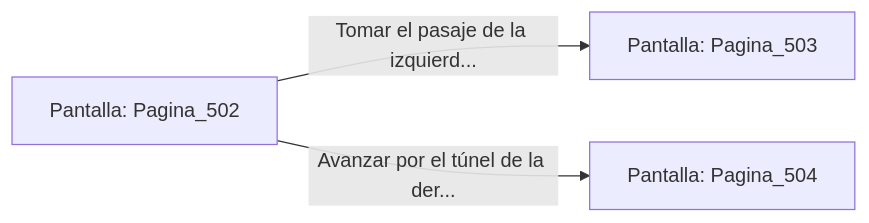
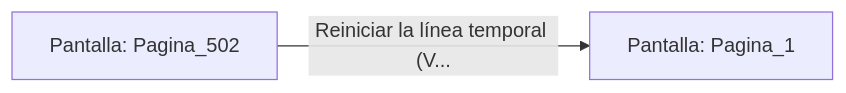
The diagram in sample/eligejuego-vault/Pantalla_Pagina_502.md (metsuke/mpl), drawn with Mermaid before and after one commit. The commit also changed other lines of this file and 635 other files, not shown here.

First line of the commit message:
fix: añadir Pagina_1 como pantalla inicial en capitulo_01.mpl

````diff
--- a/sample/eligejuego-vault/Pantalla_Pagina_502.md
+++ b/sample/eligejuego-vault/Pantalla_Pagina_502.md
@@ -20,6 +17,5 @@
 ```mermaid
 graph LR
     P_Pagina_502["Pantalla: Pagina_502"]
-    P_Pagina_502 -->|"Tomar el pasaje de la izquierd..."| P_Pagina_503["Pantalla: Pagina_503"]
-    P_Pagina_502 -->|"Avanzar por el túnel de la der..."| P_Pagina_504["Pantalla: Pagina_504"]
+    P_Pagina_502 -->|"Reiniciar la línea temporal (V..."| P_Pagina_1["Pantalla: Pagina_1"]
 ```
````
